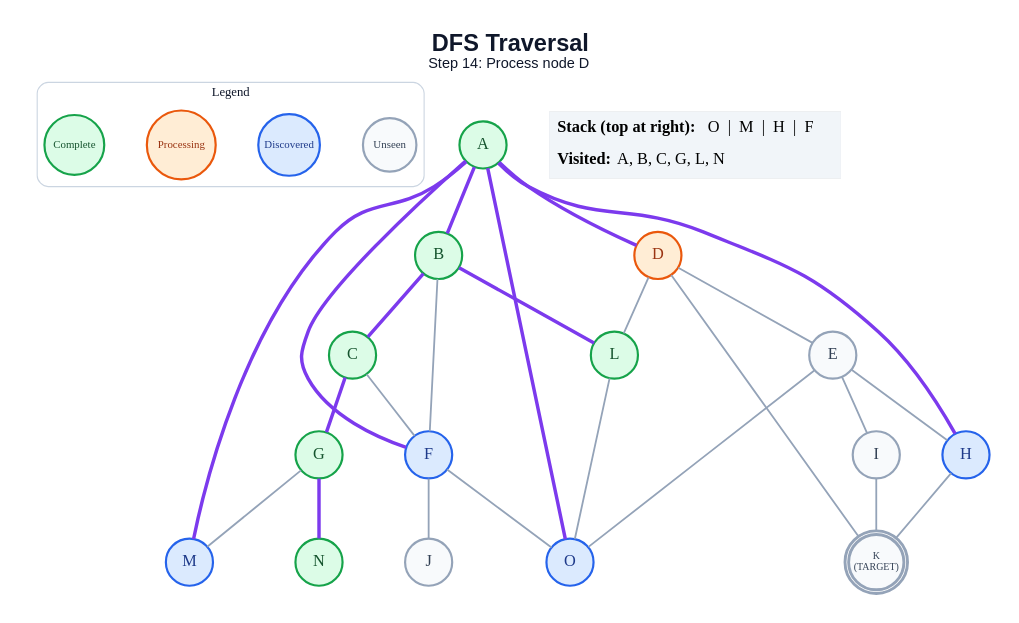
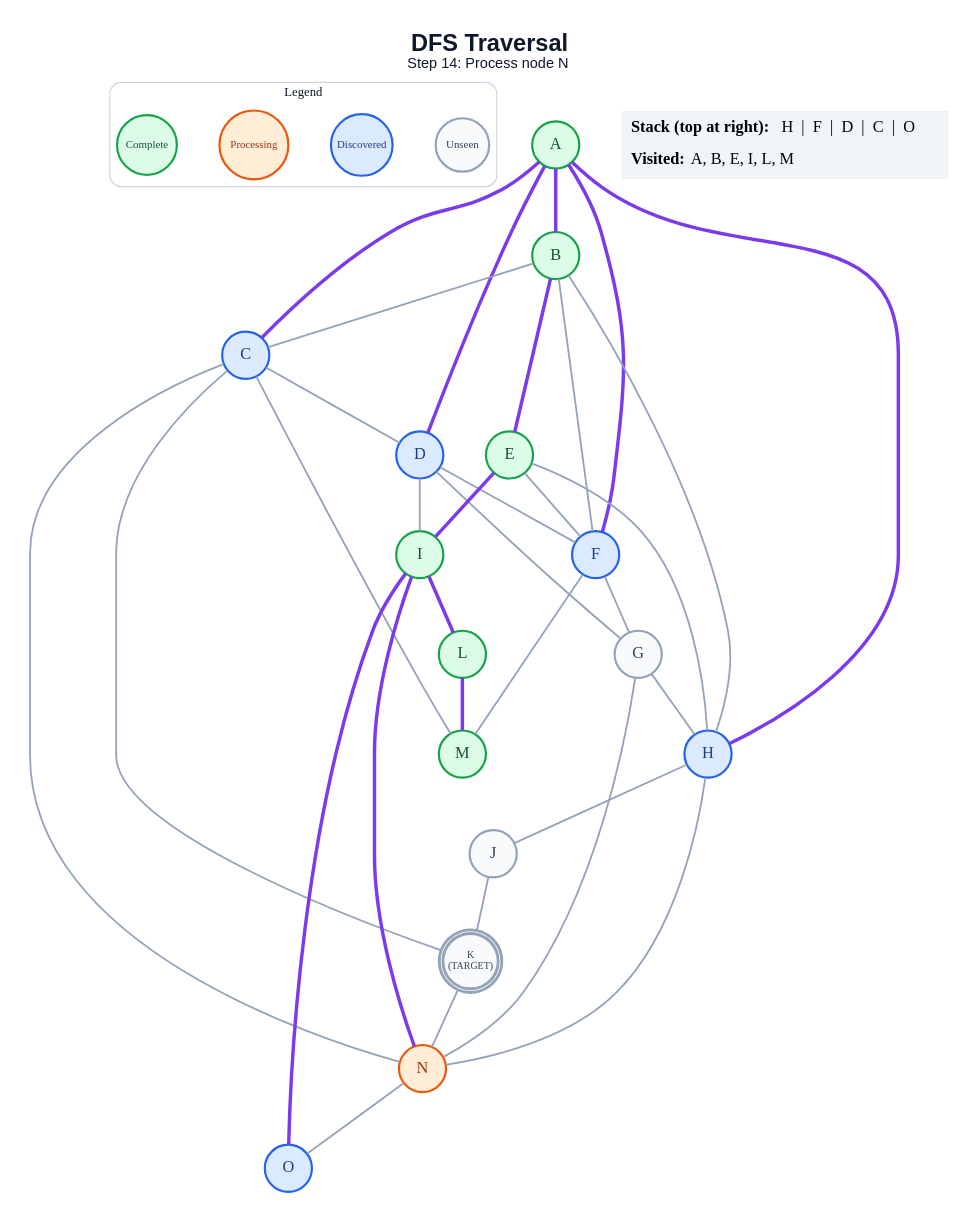
The diagram in generated/dfs/step_14.dot (anon7238593-create/ai-slop), drawn with Graphviz before and after one commit. The commit also changed 249 other files, not shown here.

```diff
--- a/generated/dfs/step_14.dot
+++ b/generated/dfs/step_14.dot
@@ -1,58 +1,66 @@
 graph traversal {
   graph [layout=dot, rankdir=TB, bgcolor="#FFFFFF", pad="0.35", nodesep="0.65", ranksep="0.8", fontname="Arial"];
   node [shape=circle, style="filled", fontname="Arial Bold", fontsize=18, width=0.72, fixedsize=true, penwidth=2.4];
   edge [color="#94A3B8", penwidth=2.0];
-  label=<<B>DFS Traversal</B><BR/><FONT POINT-SIZE="16">Step 14: Process node D</FONT>>; labelloc="t"; fontsize=26; fontname="Arial"; fontcolor="#0F172A";
+  label=<<B>DFS Traversal</B><BR/><FONT POINT-SIZE="16">Step 14: Process node N</FONT>>; labelloc="t"; fontsize=26; fontname="Arial"; fontcolor="#0F172A";
   subgraph cluster_legend { label="Legend"; color="#CBD5E1"; penwidth=1.2; style="rounded"; fontsize=14; fontname="Arial Bold";
     key_unseen [label="Unseen", fillcolor="#F8FAFC", color="#94A3B8", fontcolor="#334155", fontsize=12, width=0.82];
     key_frontier [label="Discovered", fillcolor="#DBEAFE", color="#2563EB", fontcolor="#1E3A8A", fontsize=12, width=0.95];
     key_current [label="Processing", fillcolor="#FFEDD5", color="#EA580C", fontcolor="#9A3412", fontsize=12, width=1.05];
     key_done [label="Complete", fillcolor="#DCFCE7", color="#16A34A", fontcolor="#14532D", fontsize=12, width=0.92];
     { rank=same; key_unseen; key_frontier; key_current; key_done; }
   }
   A [label="A", fillcolor="#DCFCE7", color="#16A34A", fontcolor="#14532D", peripheries=1, penwidth=2.4];
   B [label="B", fillcolor="#DCFCE7", color="#16A34A", fontcolor="#14532D", peripheries=1, penwidth=2.4];
-  C [label="C", fillcolor="#DCFCE7", color="#16A34A", fontcolor="#14532D", peripheries=1, penwidth=2.4];
-  D [label="D", fillcolor="#FFEDD5", color="#EA580C", fontcolor="#9A3412", peripheries=1, penwidth=2.4];
-  E [label="E", fillcolor="#F8FAFC", color="#94A3B8", fontcolor="#334155", peripheries=1, penwidth=2.4];
+  C [label="C", fillcolor="#DBEAFE", color="#2563EB", fontcolor="#1E3A8A", peripheries=1, penwidth=2.4];
+  D [label="D", fillcolor="#DBEAFE", color="#2563EB", fontcolor="#1E3A8A", peripheries=1, penwidth=2.4];
+  E [label="E", fillcolor="#DCFCE7", color="#16A34A", fontcolor="#14532D", peripheries=1, penwidth=2.4];
   F [label="F", fillcolor="#DBEAFE", color="#2563EB", fontcolor="#1E3A8A", peripheries=1, penwidth=2.4];
-  G [label="G", fillcolor="#DCFCE7", color="#16A34A", fontcolor="#14532D", peripheries=1, penwidth=2.4];
+  G [label="G", fillcolor="#F8FAFC", color="#94A3B8", fontcolor="#334155", peripheries=1, penwidth=2.4];
   H [label="H", fillcolor="#DBEAFE", color="#2563EB", fontcolor="#1E3A8A", peripheries=1, penwidth=2.4];
-  I [label="I", fillcolor="#F8FAFC", color="#94A3B8", fontcolor="#334155", peripheries=1, penwidth=2.4];
+  I [label="I", fillcolor="#DCFCE7", color="#16A34A", fontcolor="#14532D", peripheries=1, penwidth=2.4];
   J [label="J", fillcolor="#F8FAFC", color="#94A3B8", fontcolor="#334155", peripheries=1, penwidth=2.4];
   K [label="K\n(TARGET)", fillcolor="#F8FAFC", color="#94A3B8", fontcolor="#334155", peripheries=2, penwidth=3.2, fontsize=11, width=0.85, height=0.85];
   L [label="L", fillcolor="#DCFCE7", color="#16A34A", fontcolor="#14532D", peripheries=1, penwidth=2.4];
-  M [label="M", fillcolor="#DBEAFE", color="#2563EB", fontcolor="#1E3A8A", peripheries=1, penwidth=2.4];
-  N [label="N", fillcolor="#DCFCE7", color="#16A34A", fontcolor="#14532D", peripheries=1, penwidth=2.4];
+  M [label="M", fillcolor="#DCFCE7", color="#16A34A", fontcolor="#14532D", peripheries=1, penwidth=2.4];
+  N [label="N", fillcolor="#FFEDD5", color="#EA580C", fontcolor="#9A3412", peripheries=1, penwidth=2.4];
   O [label="O", fillcolor="#DBEAFE", color="#2563EB", fontcolor="#1E3A8A", peripheries=1, penwidth=2.4];
   A -- B [color="#7C3AED", penwidth=3.8];
+  A -- C [color="#7C3AED", penwidth=3.8];
   A -- D [color="#7C3AED", penwidth=3.8];
   A -- F [color="#7C3AED", penwidth=3.8];
   A -- H [color="#7C3AED", penwidth=3.8];
-  A -- M [color="#7C3AED", penwidth=3.8];
-  A -- O [color="#7C3AED", penwidth=3.8];
-  B -- C [color="#7C3AED", penwidth=3.8];
+  B -- C;
+  B -- E [color="#7C3AED", penwidth=3.8];
   B -- F;
-  B -- L [color="#7C3AED", penwidth=3.8];
-  C -- F;
-  C -- G [color="#7C3AED", penwidth=3.8];
-  D -- E;
-  D -- K;
-  D -- L;
+  B -- H;
+  C -- D;
+  C -- K;
+  C -- M;
+  C -- N;
+  D -- F;
+  D -- G;
+  D -- I;
+  E -- F;
   E -- H;
-  E -- I;
-  E -- O;
-  F -- J;
-  F -- O;
-  G -- M;
-  G -- N [color="#7C3AED", penwidth=3.8];
-  H -- K;
-  I -- K;
-  L -- O;
+  E -- I [color="#7C3AED", penwidth=3.8];
+  F -- G;
+  F -- M;
+  G -- H;
+  G -- N;
+  H -- J;
+  H -- N;
+  I -- L [color="#7C3AED", penwidth=3.8];
+  I -- N [color="#7C3AED", penwidth=3.8];
+  I -- O [color="#7C3AED", penwidth=3.8];
+  J -- K;
+  K -- N;
+  L -- M [color="#7C3AED", penwidth=3.8];
+  N -- O;
   status [shape=plain, fixedsize=false, width=0, height=0, margin=0, label=<
     <TABLE BORDER="0" CELLBORDER="0" CELLPADDING="7" BGCOLOR="#F1F5F9">
-      <TR><TD ALIGN="LEFT"><B>Stack (top at right):</B> O  |  M  |  H  |  F</TD></TR>
-      <TR><TD ALIGN="LEFT"><B>Visited:</B> A, B, C, G, L, N</TD></TR>
+      <TR><TD ALIGN="LEFT"><B>Stack (top at right):</B> H  |  F  |  D  |  C  |  O</TD></TR>
+      <TR><TD ALIGN="LEFT"><B>Visited:</B> A, B, E, I, L, M</TD></TR>
     </TABLE>
   >];
 }
```
